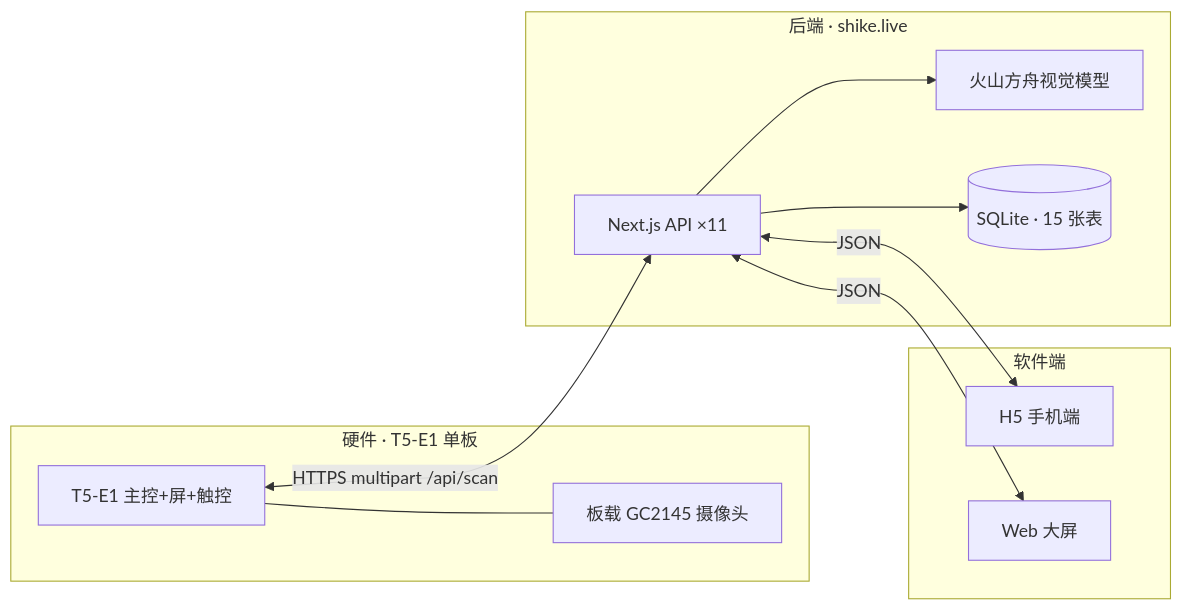
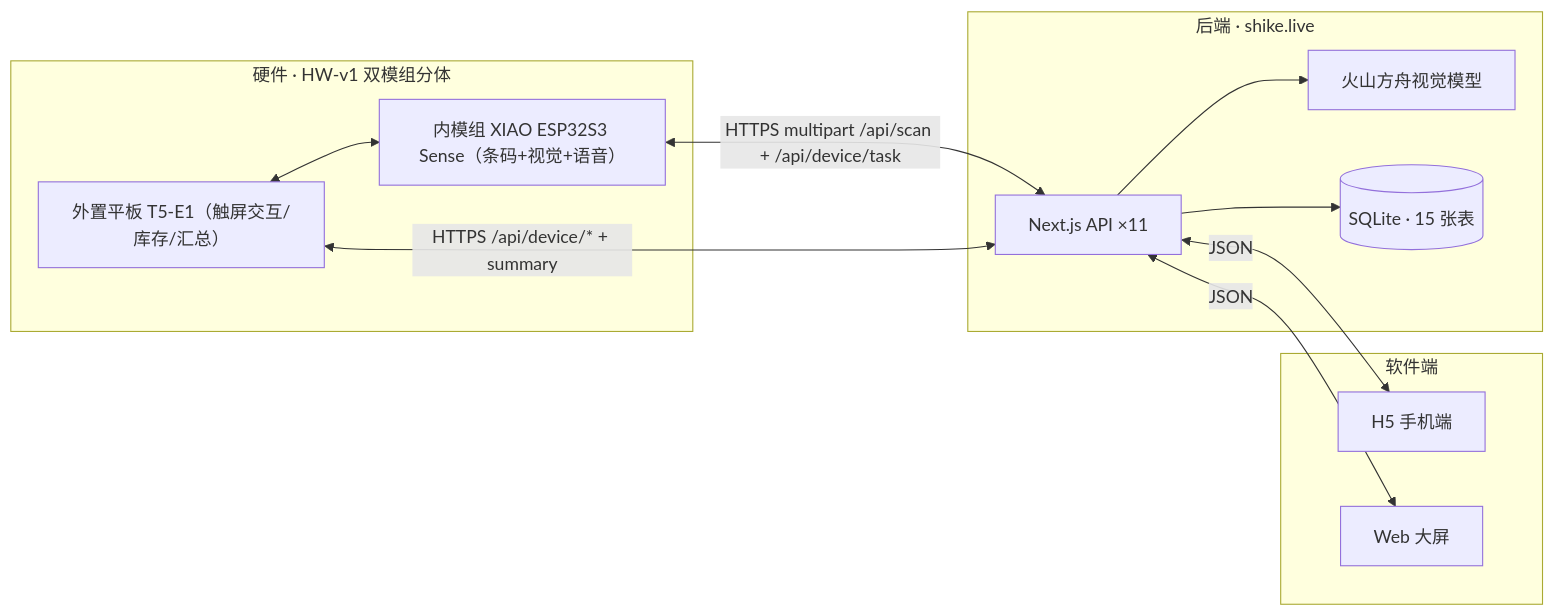
One commit to wenlinl/shike changed the diagram in docs/04-商业/商业化分析报告.md. Above: the diagram before and after it, drawn with Mermaid. The commit also changed other lines of this file and 14 other files, not shown here.

````diff
--- a/docs/04-商业/商业化分析报告.md
+++ b/docs/04-商业/商业化分析报告.md
@@ -75,21 +82,22 @@
 ```mermaid
 flowchart LR
-    subgraph DEV["硬件 · T5-E1 单板"]
-        T5["T5-E1 主控+屏+触控"]
-        CAM["板载 GC2145 摄像头"]
-        T5 --- CAM
+    subgraph DEV["硬件 · HW-v1 双模组分体"]
+        T5["外置平板 T5-E1（触屏交互/库存/汇总）"]
+        XIAO["内模组 XIAO ESP32S3 Sense（条码+视觉+语音）"]
+        T5 <--> XIAO
     end
     subgraph CLOUD["后端 · shike.live"]
         API["Next.js API ×11"]
         AI["火山方舟视觉模型"]
         DB[("SQLite · 15 张表")]
         API --> AI
         API --> DB
     end
     subgraph SW["软件端"]
         H5["H5 手机端"]
         WEB["Web 大屏"]
     end
-    T5 <-- "HTTPS multipart /api/scan" --> API
+    XIAO <-- "HTTPS multipart /api/scan + /api/device/task" --> API
+    T5 <-- "HTTPS /api/device/* + summary" --> API
     API <-- JSON --> H5 & WEB
 ```
````
